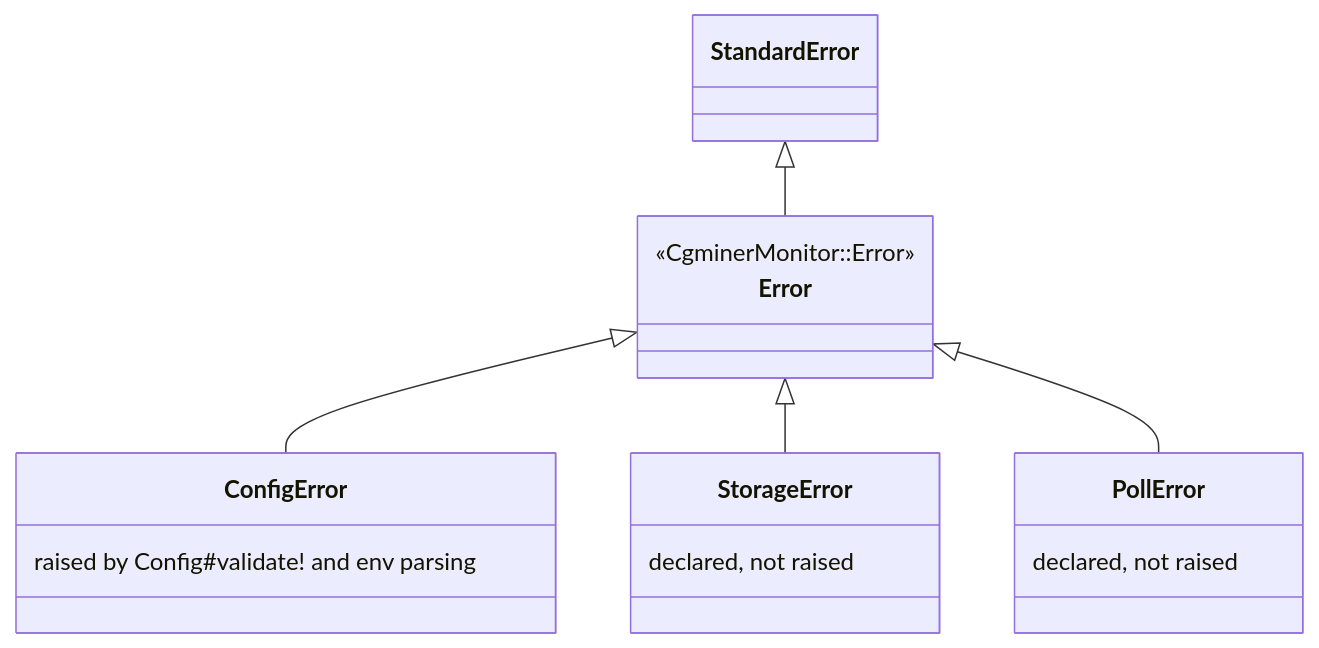
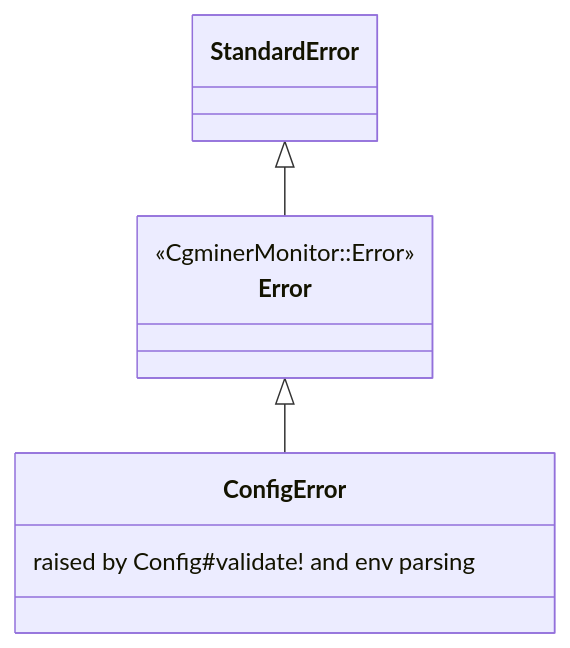
One commit to jramos/cgminer_monitor changed the fourth of 4 diagrams in docs/data_models.md. Above: the diagram before and after it, drawn with Mermaid. The commit also changed other lines of this file and 7 other files, not shown here.

````diff
--- a/docs/data_models.md
+++ b/docs/data_models.md
@@ -151,12 +151,8 @@
 ```mermaid
 classDiagram
     StandardError <|-- Error
     Error <|-- ConfigError
-    Error <|-- StorageError
-    Error <|-- PollError
 
     class Error { <<CgminerMonitor::Error>> }
     class ConfigError { raised by Config#validate! and env parsing }
-    class StorageError { declared, not raised }
-    class PollError { declared, not raised }
 ```
````
